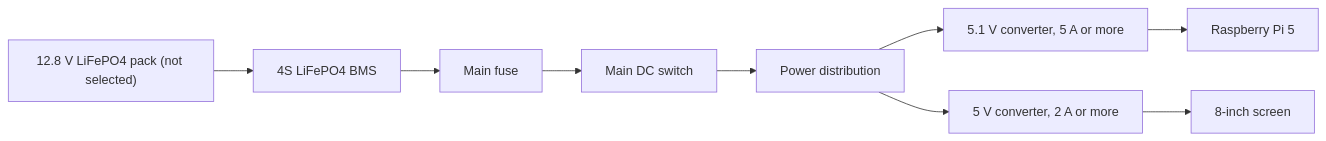
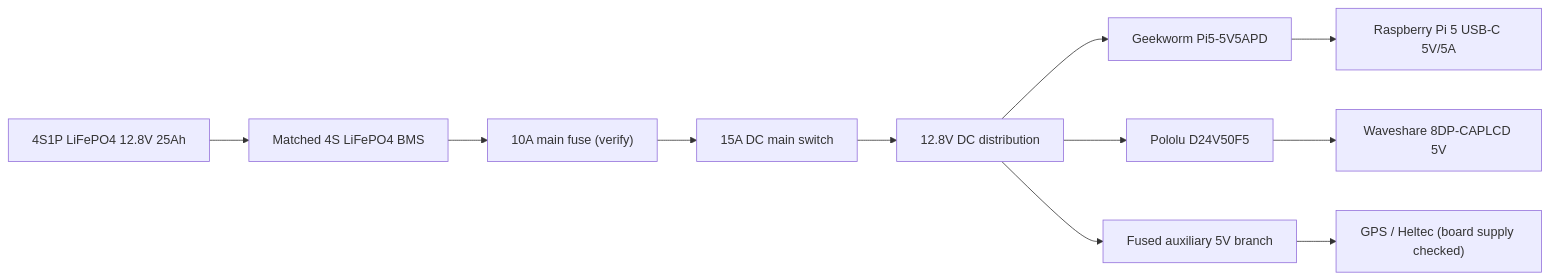
The diagram in docs/electrical-design.md (azoiu/OFFGRID-Field-Station), drawn with Mermaid before and after one commit. The commit also changed other lines of this file, not shown here.

Commit message:
Set V1 battery and power architecture

````diff
--- a/docs/electrical-design.md
+++ b/docs/electrical-design.md
@@ -9,11 +22,13 @@
 ```mermaid
 flowchart LR
-    BAT["12.8 V LiFePO4 pack (not selected)"] --> BMS["4S LiFePO4 BMS"]
-    BMS --> FUSE["Main fuse"]
-    FUSE --> SW["Main DC switch"]
-    SW --> BUS["Power distribution"]
-    BUS --> PI_DCDC["5.1 V converter, 5 A or more"]
-    BUS --> LCD_DCDC["5 V converter, 2 A or more"]
-    PI_DCDC --> PI["Raspberry Pi 5"]
-    LCD_DCDC --> LCD["8-inch screen"]
+    BAT["4S1P LiFePO4 12.8V 25Ah"] --> BMS["Matched 4S LiFePO4 BMS"]
+    BMS --> FUSE["10A main fuse (verify)"]
+    FUSE --> SW["15A DC main switch"]
+    SW --> BUS["12.8V DC distribution"]
+    BUS --> PI["Geekworm Pi5-5V5APD"]
+    PI --> PI5["Raspberry Pi 5 USB-C 5V/5A"]
+    BUS --> LCD["Pololu D24V50F5"]
+    LCD --> DISP["Waveshare 8DP-CAPLCD 5V"]
+    BUS --> AUX["Fused auxiliary 5V branch"]
+    AUX --> GPS["GPS / Heltec (board supply checked)"]
 ```
````
